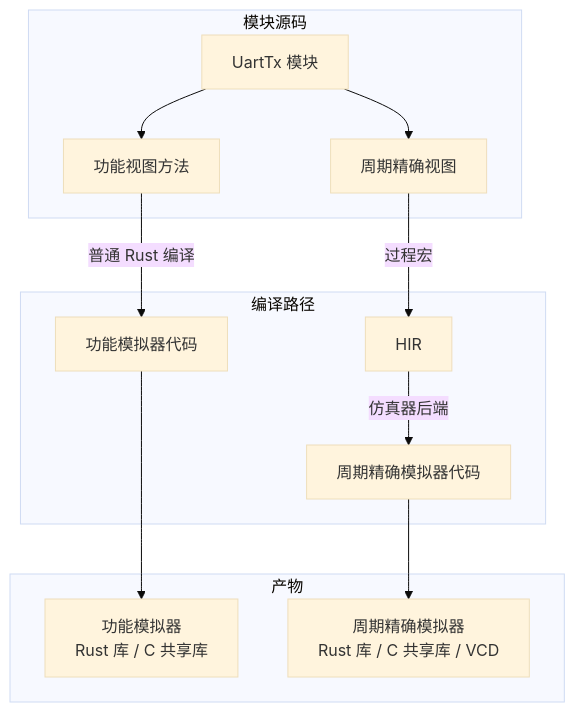
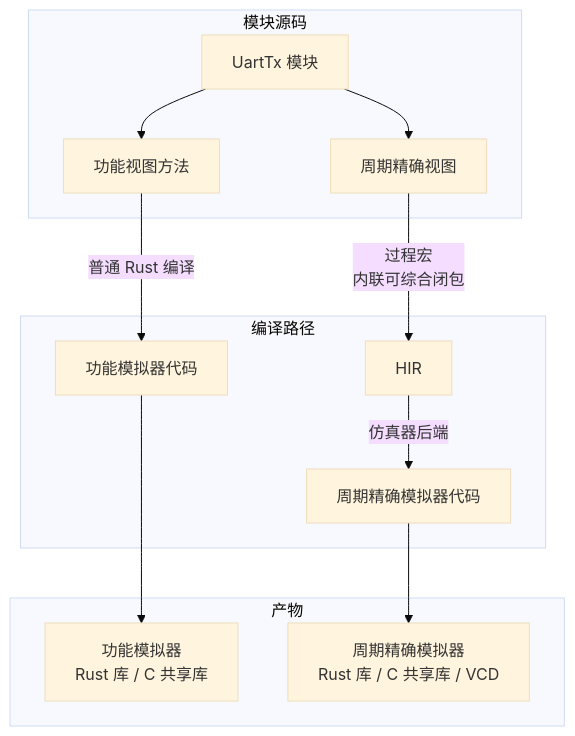
The fourth of 12 diagrams in docs/requirements/18. 多视图建模与模拟器生成（核心优化）.md (TangCan/bitloom), drawn with Mermaid (base theme) before and after one commit. The commit also changed other lines of this file and 17 other files, not shown here.

````diff
--- a/docs/requirements/18. 多视图建模与模拟器生成（核心优化）.md
+++ b/docs/requirements/18. 多视图建模与模拟器生成（核心优化）.md
@@ -172,18 +164,17 @@
 ```mermaid
 flowchart TB
     subgraph 模块源码
         A[UartTx 模块]
         A --> B[功能视图方法]
         A --> C[周期精确视图]
     end
     subgraph 编译路径
         B -->|普通 Rust 编译| D[功能模拟器代码]
-        C -->|过程宏| E[HIR]
+        C -->|过程宏<br>内联可综合闭包| E[HIR]
         E -->|仿真器后端| F[周期精确模拟器代码]
     end
     subgraph 产物
         D --> G[功能模拟器<br>Rust 库 / C 共享库]
         F --> H[周期精确模拟器<br>Rust 库 / C 共享库 / VCD]
     end
-
 ```
````
